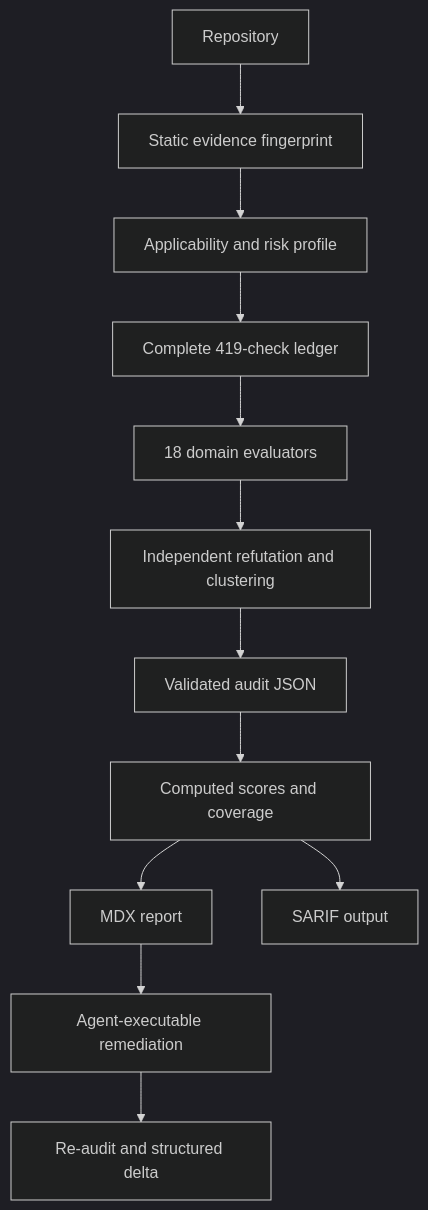
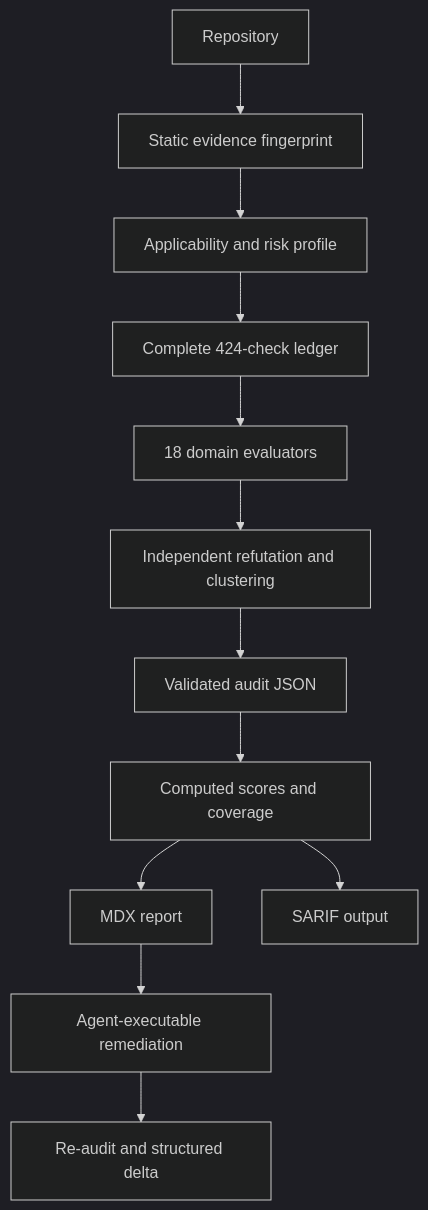
One commit to hannsxpeter/godaudits changed the diagram in README.md. Above: the diagram before and after it, drawn with Mermaid (dark theme). The commit also changed other lines of this file and 15 other files, not shown here.

````diff
--- a/README.md
+++ b/README.md
@@ -102,14 +102,14 @@
 ```mermaid
 flowchart TD
   A[Repository] --> B[Static evidence fingerprint]
   B --> C[Applicability and risk profile]
-  C --> D[Complete 419-check ledger]
+  C --> D[Complete 424-check ledger]
   D --> E[18 domain evaluators]
   E --> F[Independent refutation and clustering]
   F --> G[Validated audit JSON]
   G --> H[Computed scores and coverage]
   H --> I[MDX report]
   H --> J[SARIF output]
   I --> K[Agent-executable remediation]
   K --> L[Re-audit and structured delta]
 ```
````
